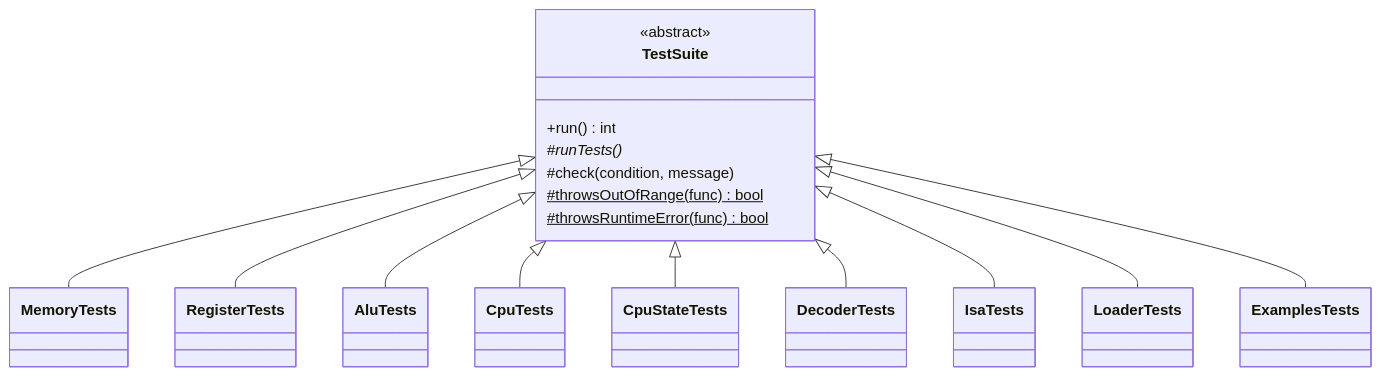
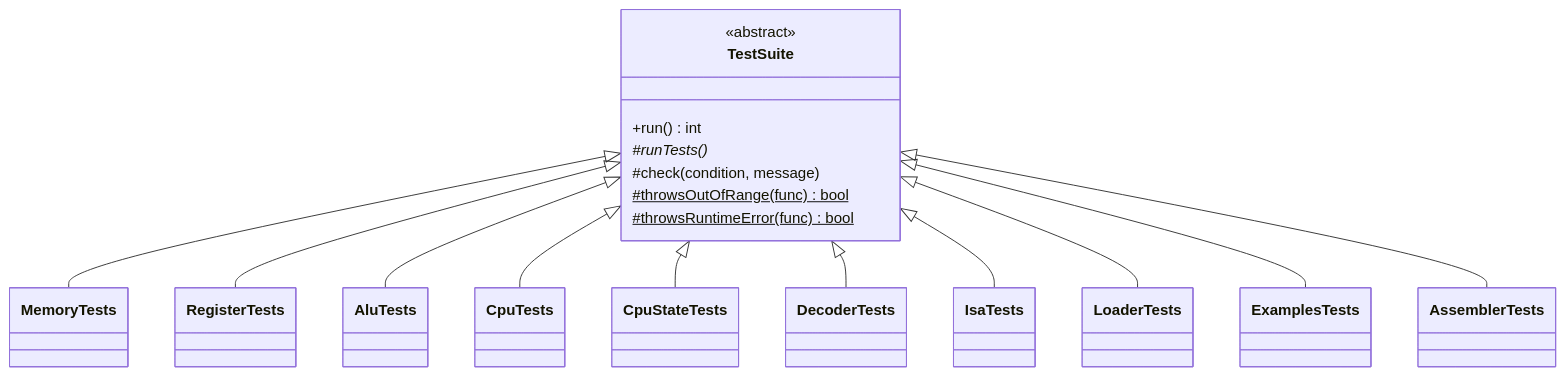
Before and after one commit to kpolet2010-hue/CoreSim: the first of 2 diagrams in docs/TESTING.md, drawn with Mermaid. The commit also changed other lines of this file and 4 other files, not shown here.

````diff
--- a/docs/TESTING.md
+++ b/docs/TESTING.md
@@ -34,20 +35,21 @@
 ```mermaid
 classDiagram
     class TestSuite {
         <<abstract>>
         +run() int
         #runTests()*
         #check(condition, message)
         #throwsOutOfRange(func)$ bool
         #throwsRuntimeError(func)$ bool
     }
     TestSuite <|-- MemoryTests
     TestSuite <|-- RegisterTests
     TestSuite <|-- AluTests
     TestSuite <|-- CpuTests
     TestSuite <|-- CpuStateTests
     TestSuite <|-- DecoderTests
     TestSuite <|-- IsaTests
     TestSuite <|-- LoaderTests
     TestSuite <|-- ExamplesTests
+    TestSuite <|-- AssemblerTests
 ```
````
